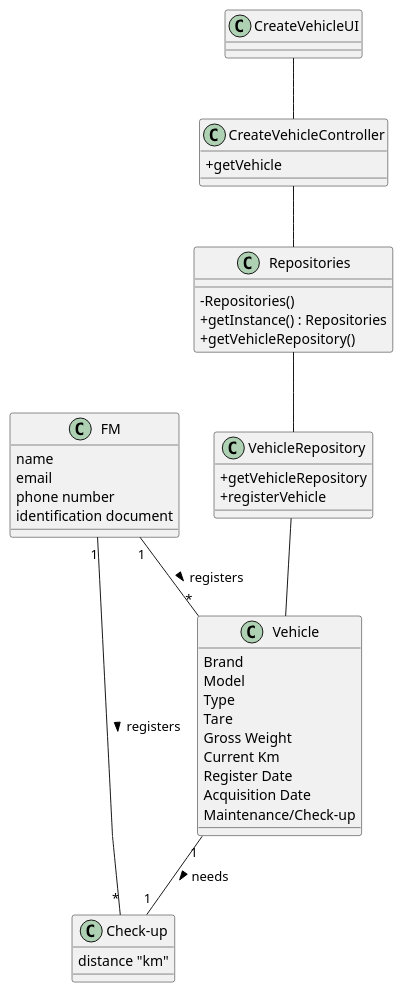
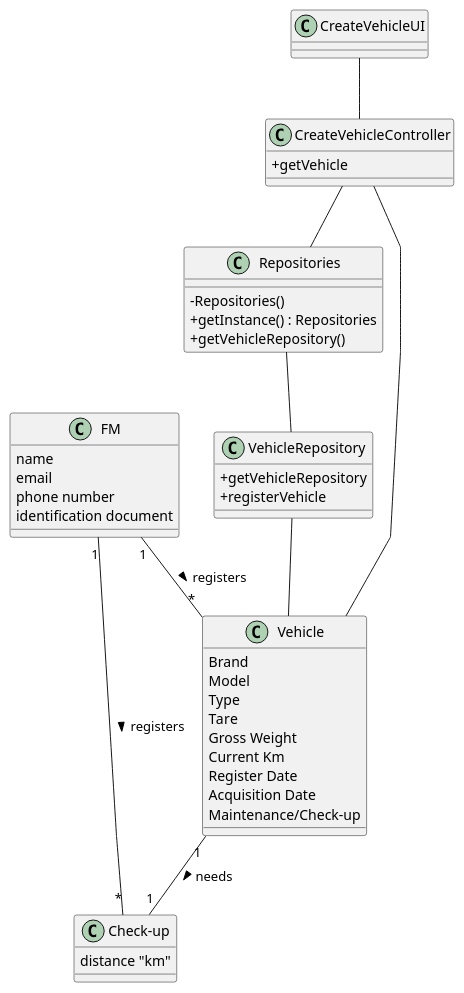
The diagram in docs/sprintB/us006/03.design/puml/us006-class-diagram.puml (Departamento-de-Engenharia-Informatica/lei-24-s2-1dl-g121), drawn with PlantUML before and after one commit. The commit also changed 2 other files, not shown here.

Commit message:
class diagram us003

```diff
--- a/docs/sprintB/us006/03.design/puml/us006-class-diagram.puml
+++ b/docs/sprintB/us006/03.design/puml/us006-class-diagram.puml
@@ -1,67 +1,67 @@
 @startuml
 'skinparam monochrome true
 skinparam packageStyle rectangle
 skinparam shadowing false
 skinparam linetype polyline
 'skinparam linetype orto
 
 skinparam classAttributeIconSize 0
 
 'left to right direction
 
 ' vehicle Repository !!!1
 class VehicleRepository{
     +getVehicleRepository
     +registerVehicle
 }
 
 class CreateVehicleUI{
 
 }
 
 class Repositories {
     - Repositories()
     + getInstance() : Repositories
     + getVehicleRepository()
 }
 
 class CreateVehicleController{
     +getVehicle
 
 }
 
 class FM{
     name
     email
     phone number
     identification document
 }
 
 
 class Vehicle{
     Brand
     Model
     Type
     Tare
     Gross Weight
     Current Km
     Register Date
     Acquisition Date
     Maintenance/Check-up
 }
 
 class Check-up{
     distance "km"
 }
 
 CreateVehicleUI -- CreateVehicleController
 Repositories -- VehicleRepository
 CreateVehicleController -- Repositories
 VehicleRepository -- Vehicle
-
+CreateVehicleController -- Vehicle
 FM "1" -- "*" Vehicle : registers >
 FM "1" -- "*" "Check-up" : registers >
 Vehicle "1" -- "1" "Check-up" : needs >
 
 
 @enduml
```
